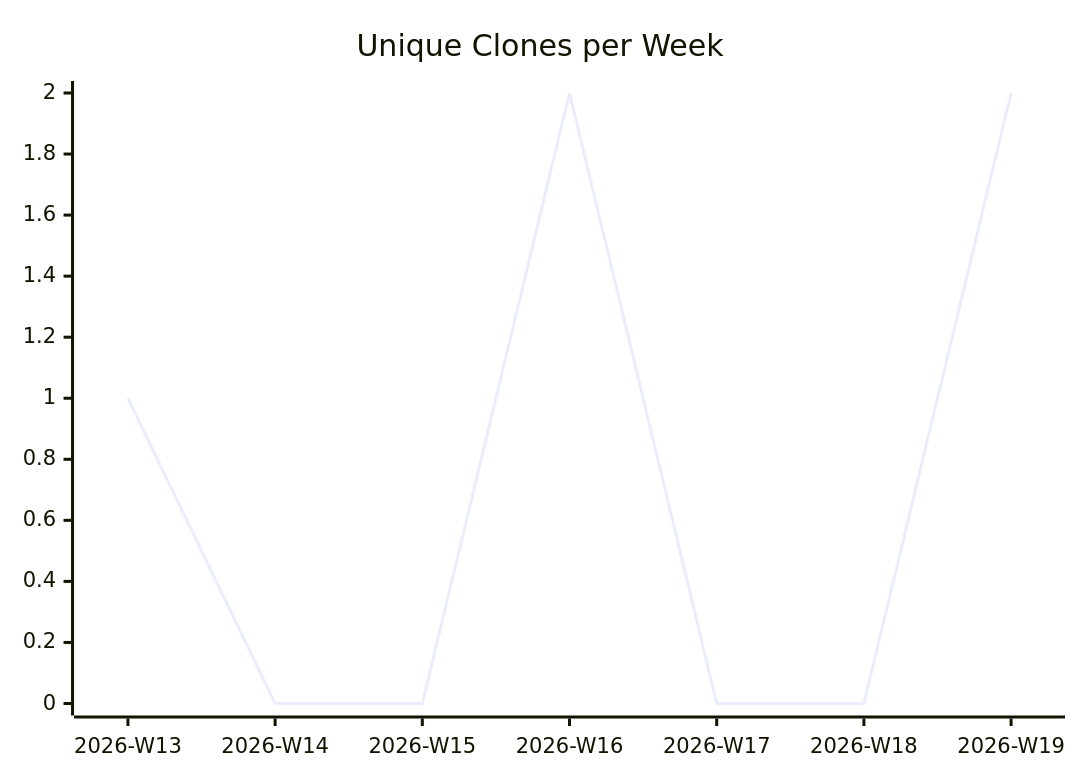
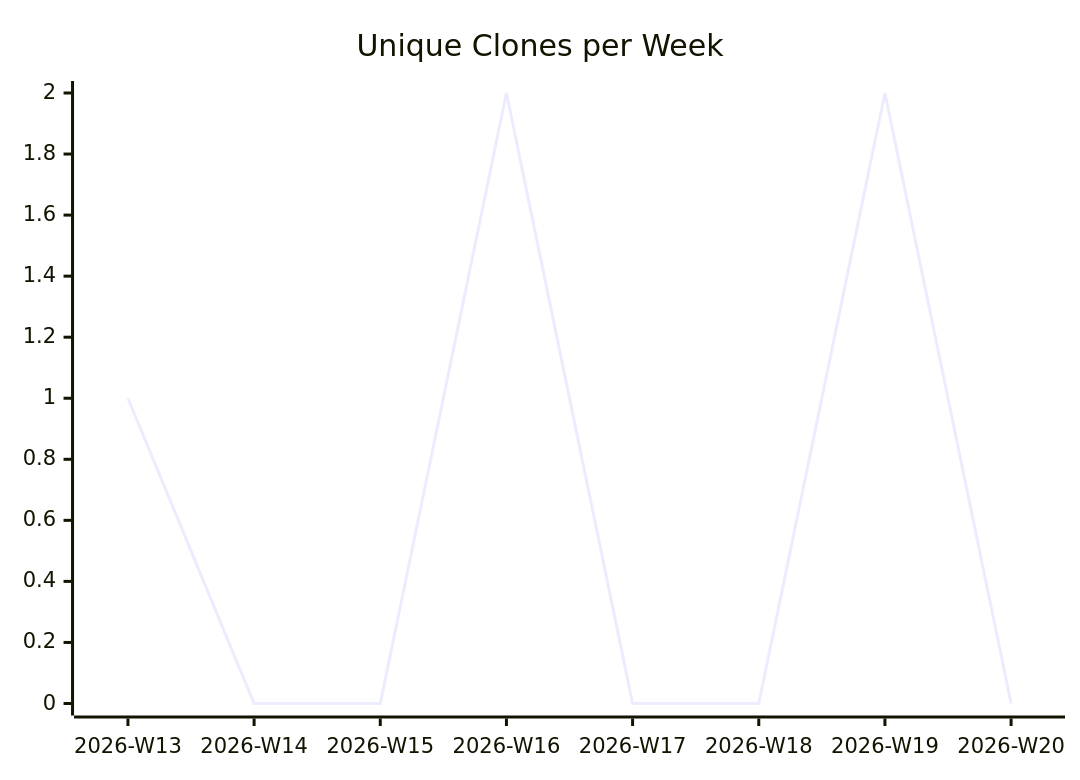
One commit to justdavis-family/github-analytics-data changed the third of 3 diagrams in karlmdavis/datanucleus-test-jdo-1-to-n/README.md. Above: the diagram before and after it, drawn with Mermaid. The commit also changed other lines of this file and 176 other files, not shown here.

````diff
--- a/karlmdavis/datanucleus-test-jdo-1-to-n/README.md
+++ b/karlmdavis/datanucleus-test-jdo-1-to-n/README.md
@@ -19,6 +19,6 @@
 ```mermaid
 xychart-beta
   title "Unique Clones per Week"
-  x-axis ["2026-W13", "2026-W14", "2026-W15", "2026-W16", "2026-W17", "2026-W18", "2026-W19"]
-  line [1, 0, 0, 2, 0, 0, 2]
+  x-axis ["2026-W13", "2026-W14", "2026-W15", "2026-W16", "2026-W17", "2026-W18", "2026-W19", "2026-W20"]
+  line [1, 0, 0, 2, 0, 0, 2, 0]
 ```
````
